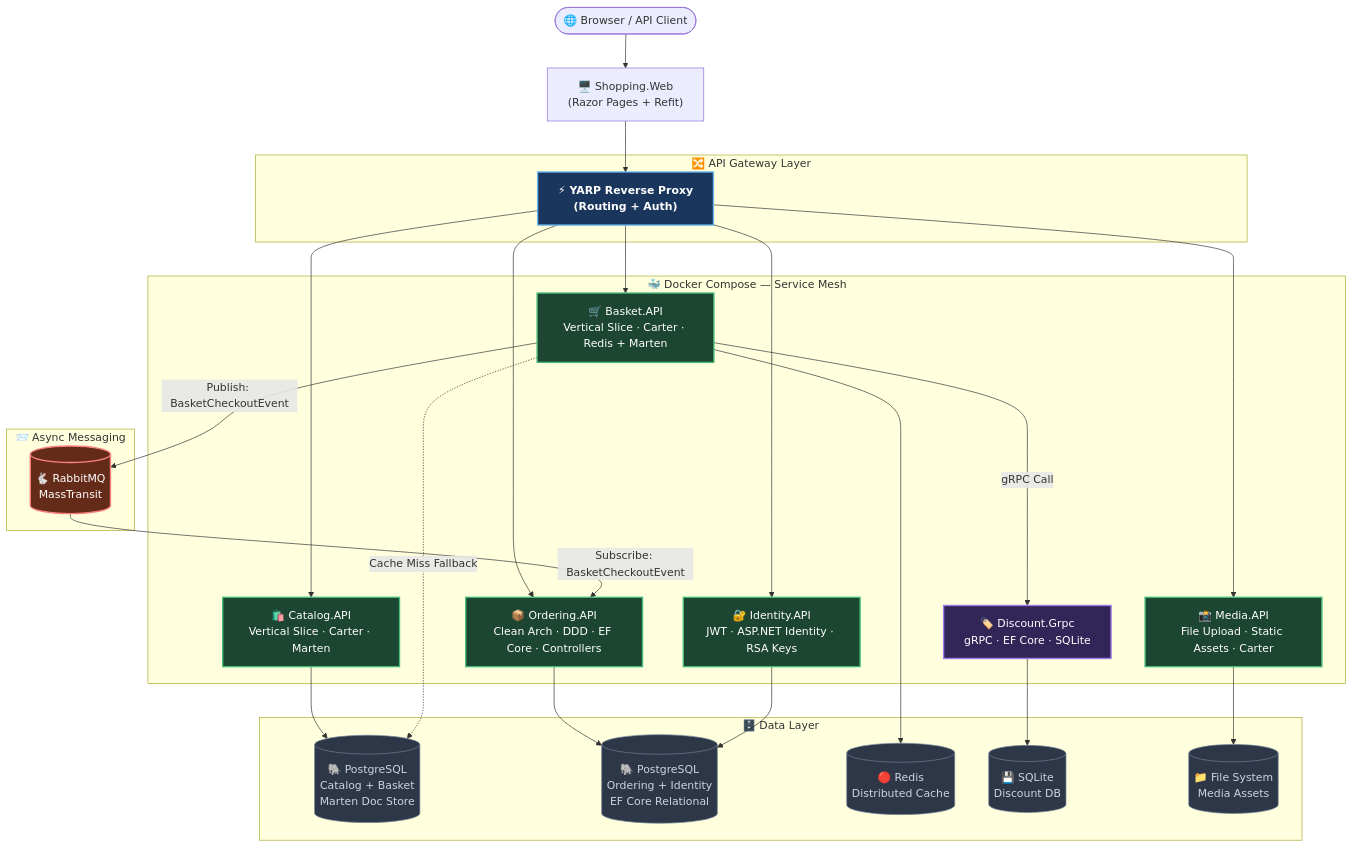
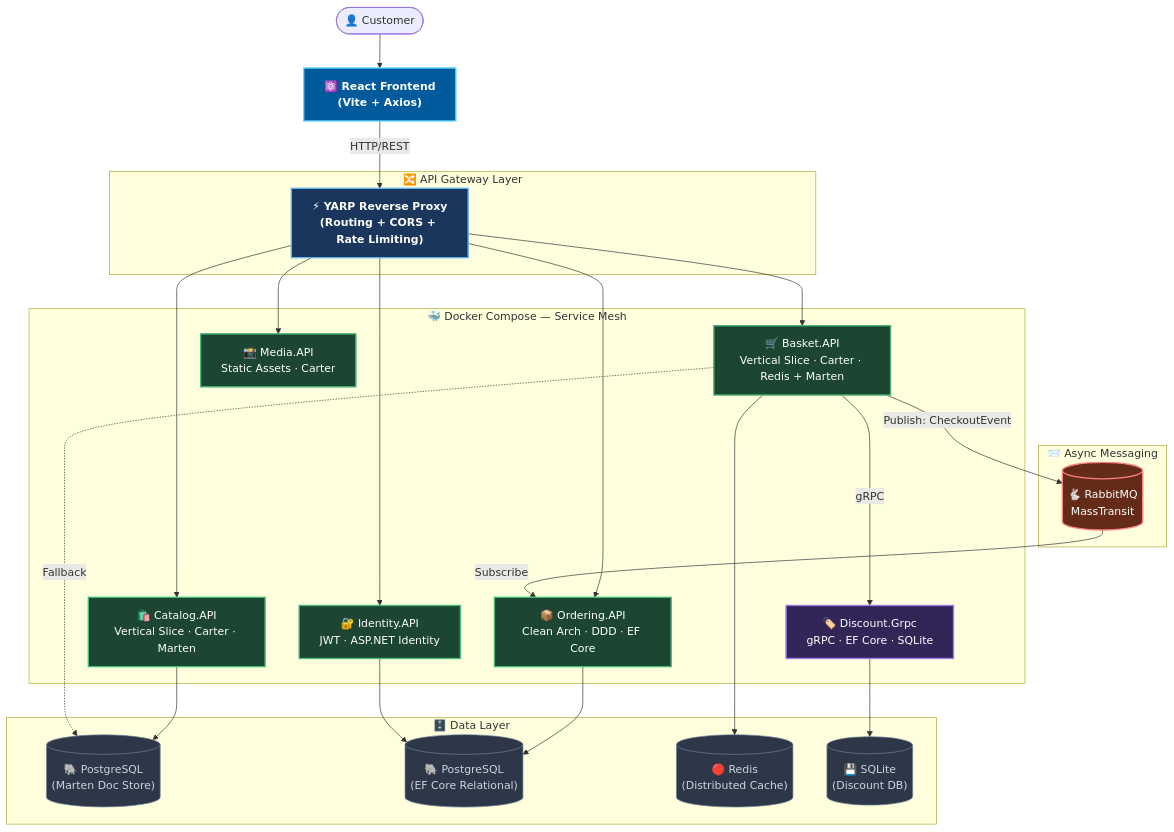
The diagram in README.md (AhmedAbdo1612/ECommerce-DDD-Microservices), drawn with Mermaid before and after one commit. The commit also changed other lines of this file and 54 other files, not shown here.

````diff
--- a/README.md
+++ b/README.md
@@ -25,58 +36,58 @@
 ```mermaid
 graph TB
-    User(["🌐 Browser / API Client"])
-    WebApp["🖥️ Shopping.Web\n(Razor Pages + Refit)"]
+    User(["👤 Customer"])
+    WebApp["⚛️ React Frontend\n(Vite + Axios)"]
 
     subgraph Gateway["🔀 API Gateway Layer"]
-        YARP["⚡ YARP Reverse Proxy\n(Routing + Auth)"]
+        YARP["⚡ YARP Reverse Proxy\n(Routing + CORS + Rate Limiting)"]
     end
 
     subgraph Services["🐳 Docker Compose — Service Mesh"]
         CatalogAPI["🛍️ Catalog.API\nVertical Slice · Carter · Marten"]
         BasketAPI["🛒 Basket.API\nVertical Slice · Carter · Redis + Marten"]
-        OrderingAPI["📦 Ordering.API\nClean Arch · DDD · EF Core · Controllers"]
-        IdentityAPI["🔐 Identity.API\nJWT · ASP.NET Identity · RSA Keys"]
-        MediaAPI["📸 Media.API\nFile Upload · Static Assets · Carter"]
+        OrderingAPI["📦 Ordering.API\nClean Arch · DDD · EF Core"]
+        IdentityAPI["🔐 Identity.API\nJWT · ASP.NET Identity"]
+        MediaAPI["📸 Media.API\nStatic Assets · Carter"]
         DiscountGrpc["🏷️ Discount.Grpc\ngRPC · EF Core · SQLite"]
     end
 
     subgraph Messaging["📨 Async Messaging"]
         RabbitMQ[("🐇 RabbitMQ\nMassTransit")]
     end
 
     subgraph Datastores["🗄️ Data Layer"]
-        PG_Catalog[("🐘 PostgreSQL\nCatalog + Basket\nMarten Doc Store")]
-        PG_Order[("🐘 PostgreSQL\nOrdering + Identity\nEF Core Relational")]
-        Redis[("🔴 Redis\nDistributed Cache")]
-        SQLite[("💾 SQLite\nDiscount DB")]
-        FileSystem[("📁 File System\nMedia Assets")]
+        PG_Catalog[("🐘 PostgreSQL\n(Marten Doc Store)")]
+        PG_Order[("🐘 PostgreSQL\n(EF Core Relational)")]
+        Redis[("🔴 Redis\n(Distributed Cache)")]
+        SQLite[("💾 SQLite\n(Discount DB)")]
     end
 
     User --> WebApp
-    WebApp --> YARP
+    WebApp -->|"HTTP/REST"| YARP
     YARP --> CatalogAPI & BasketAPI & OrderingAPI & IdentityAPI & MediaAPI
 
-    BasketAPI -->|"gRPC Call"| DiscountGrpc
-    BasketAPI -->|"Publish: BasketCheckoutEvent"| RabbitMQ
-    RabbitMQ -->|"Subscribe: BasketCheckoutEvent"| OrderingAPI
+    BasketAPI -->|"gRPC"| DiscountGrpc
+    BasketAPI -->|"Publish: CheckoutEvent"| RabbitMQ
+    RabbitMQ -->|"Subscribe"| OrderingAPI
 
     CatalogAPI --> PG_Catalog
     BasketAPI --> Redis
-    BasketAPI -.->|"Cache Miss Fallback"| PG_Catalog
+    BasketAPI -.->|"Fallback"| PG_Catalog
     OrderingAPI --> PG_Order
     IdentityAPI --> PG_Order
     DiscountGrpc --> SQLite
-    MediaAPI --> FileSystem
 
     classDef gateway fill:#1A365D,stroke:#63B3ED,stroke-width:2px,color:#fff,font-weight:bold
     classDef service fill:#1C4532,stroke:#48BB78,stroke-width:2px,color:#fff
     classDef grpc fill:#322659,stroke:#9F7AEA,stroke-width:2px,color:#fff
     classDef data fill:#2D3748,stroke:#718096,stroke-width:1px,color:#CBD5E0
     classDef mq fill:#652B19,stroke:#FC8181,stroke-width:2px,color:#fff
+    classDef frontend fill:#005A9C,stroke:#61DAFB,stroke-width:2px,color:#fff,font-weight:bold
 
+    class WebApp frontend
     class YARP gateway
     class CatalogAPI,BasketAPI,OrderingAPI,IdentityAPI,MediaAPI service
     class DiscountGrpc grpc
-    class PG_Catalog,PG_Order,Redis,SQLite,FileSystem data
+    class PG_Catalog,PG_Order,Redis,SQLite data
     class RabbitMQ mq
 ```
````
